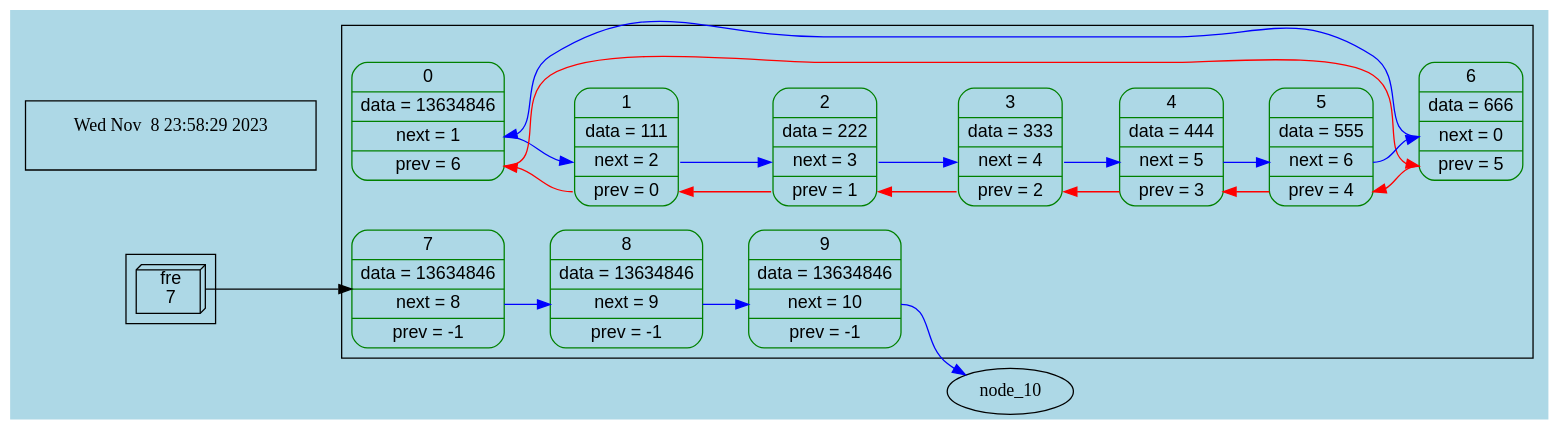
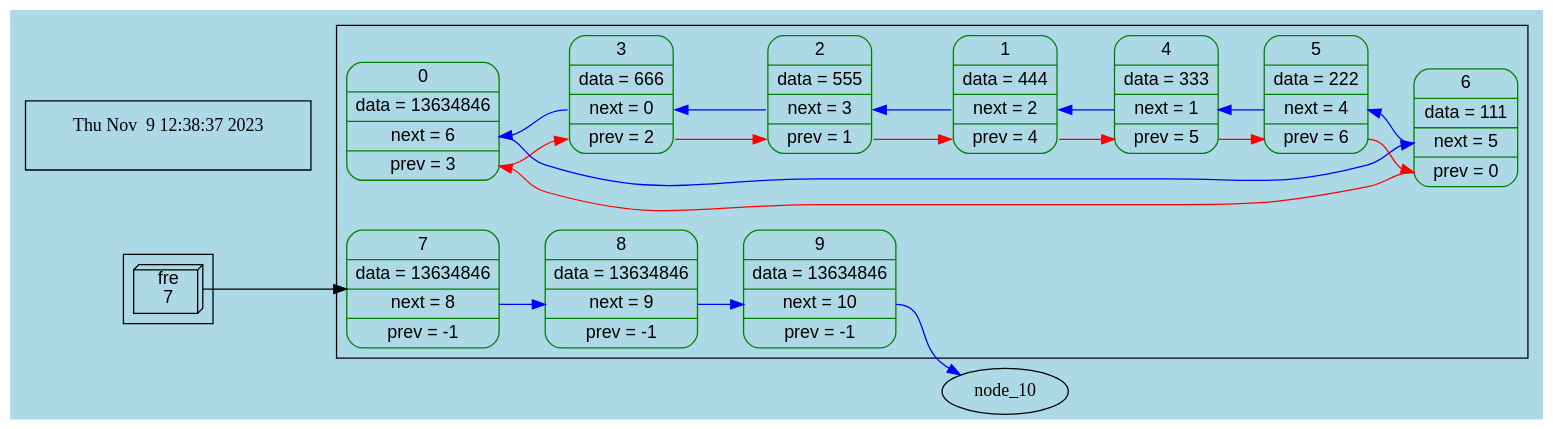
One commit to UjeNeTORT/HashFriendlyList changed the diagram in graph.dot. Above: the diagram before and after it, drawn with Graphviz. The commit also changed 5 other files, not shown here.

```diff
--- a/graph.dot
+++ b/graph.dot
@@ -1,62 +1,62 @@
 digraph list_1681692777 {
 rankdir = LR
 subgraph cluster_nodes_846930886 {
     node_0 [fontname="Helvetica, Arial, sans-serif"style=rounded
 color = green
- shape = record, label = " 0 | data = 13634846 | <fnext> next = 1 | <fprev> prev = 6 "];
+ shape = record, label = " 0 | data = 13634846 | <fnext> next = 6 | <fprev> prev = 3 "];
     node_1 [fontname="Helvetica, Arial, sans-serif"style=rounded
 color = green
- shape = record, label = " 1 | data = 111 | <fnext> next = 2 | <fprev> prev = 0 "];
+ shape = record, label = " 1 | data = 444 | <fnext> next = 2 | <fprev> prev = 4 "];
     node_2 [fontname="Helvetica, Arial, sans-serif"style=rounded
 color = green
- shape = record, label = " 2 | data = 222 | <fnext> next = 3 | <fprev> prev = 1 "];
+ shape = record, label = " 2 | data = 555 | <fnext> next = 3 | <fprev> prev = 1 "];
     node_3 [fontname="Helvetica, Arial, sans-serif"style=rounded
 color = green
- shape = record, label = " 3 | data = 333 | <fnext> next = 4 | <fprev> prev = 2 "];
+ shape = record, label = " 3 | data = 666 | <fnext> next = 0 | <fprev> prev = 2 "];
     node_4 [fontname="Helvetica, Arial, sans-serif"style=rounded
 color = green
- shape = record, label = " 4 | data = 444 | <fnext> next = 5 | <fprev> prev = 3 "];
+ shape = record, label = " 4 | data = 333 | <fnext> next = 1 | <fprev> prev = 5 "];
     node_5 [fontname="Helvetica, Arial, sans-serif"style=rounded
 color = green
- shape = record, label = " 5 | data = 555 | <fnext> next = 6 | <fprev> prev = 4 "];
+ shape = record, label = " 5 | data = 222 | <fnext> next = 4 | <fprev> prev = 6 "];
     node_6 [fontname="Helvetica, Arial, sans-serif"style=rounded
 color = green
- shape = record, label = " 6 | data = 666 | <fnext> next = 0 | <fprev> prev = 5 "];
+ shape = record, label = " 6 | data = 111 | <fnext> next = 5 | <fprev> prev = 0 "];
     node_7 [fontname="Helvetica, Arial, sans-serif"style=rounded
 color = green
  shape = record, label = " 7 | data = 13634846 | <fnext> next = 8 | <fprev> prev = -1 "];
     node_8 [fontname="Helvetica, Arial, sans-serif"style=rounded
 color = green
  shape = record, label = " 8 | data = 13634846 | <fnext> next = 9 | <fprev> prev = -1 "];
     node_9 [fontname="Helvetica, Arial, sans-serif"style=rounded
 color = green
  shape = record, label = " 9 | data = 13634846 | <fnext> next = 10 | <fprev> prev = -1 "];
 }
 val_fre -> node_7;
-node_0: <fnext> -> node_1: <fnext> [color = blue];
+node_0: <fnext> -> node_6: <fnext> [color = blue];
 node_1: <fnext> -> node_2: <fnext> [color = blue];
 node_2: <fnext> -> node_3: <fnext> [color = blue];
-node_3: <fnext> -> node_4: <fnext> [color = blue];
-node_4: <fnext> -> node_5: <fnext> [color = blue];
-node_5: <fnext> -> node_6: <fnext> [color = blue];
-node_6: <fnext> -> node_0: <fnext> [color = blue];
+node_3: <fnext> -> node_0: <fnext> [color = blue];
+node_4: <fnext> -> node_1: <fnext> [color = blue];
+node_5: <fnext> -> node_4: <fnext> [color = blue];
+node_6: <fnext> -> node_5: <fnext> [color = blue];
 node_7: <fnext> -> node_8: <fnext> [color = blue];
 node_8: <fnext> -> node_9: <fnext> [color = blue];
 node_9: <fnext> -> node_10: <fnext> [color = blue];
-node_0: <fprev> -> node_6: <fprev> [color = red];
-node_1: <fprev> -> node_0: <fprev> [color = red];
+node_0: <fprev> -> node_3: <fprev> [color = red];
+node_1: <fprev> -> node_4: <fprev> [color = red];
 node_2: <fprev> -> node_1: <fprev> [color = red];
 node_3: <fprev> -> node_2: <fprev> [color = red];
-node_4: <fprev> -> node_3: <fprev> [color = red];
-node_5: <fprev> -> node_4: <fprev> [color = red];
-node_6: <fprev> -> node_5: <fprev> [color = red];
+node_4: <fprev> -> node_5: <fprev> [color = red];
+node_5: <fprev> -> node_6: <fprev> [color = red];
+node_6: <fprev> -> node_0: <fprev> [color = red];
 subgraph cluster_val {
      val_fre  [ shape = box3d, fontname="Helvetica, Arial, sans-serif", label = " fre
 7 "];
 }
 bgcolor="lightblue"
 subgraph cluster_add_info_1804289383{
-node_add_info [shape = plaintext, label = " Wed Nov  8 23:58:29 2023
+node_add_info [shape = plaintext, label = " Thu Nov  9 12:38:37 2023
  "];
 }
 }
```
